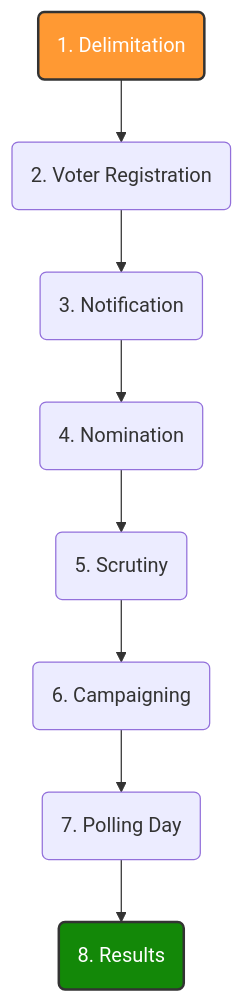
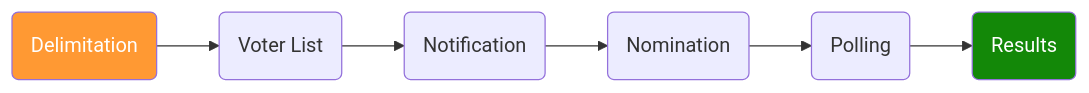
Before and after one commit to thenikhilbisht/DemocracyLens: the second of 2 diagrams in README.md, drawn with Mermaid. The commit also changed other lines of this file, not shown here.

Commit message:
Update README with premium description and architecture diagrams

````diff
--- a/README.md
+++ b/README.md
@@ -37,13 +49,11 @@
 ```mermaid
-graph TD
-    Step1(1. Delimitation) --> Step2(2. Voter Registration)
-    Step2 --> Step3(3. Notification)
-    Step3 --> Step4(4. Nomination)
-    Step4 --> Step5(5. Scrutiny)
-    Step5 --> Step6(6. Campaigning)
-    Step6 --> Step7(7. Polling Day)
-    Step7 --> Step8(8. Results)
+graph LR
+    A(Delimitation) --> B(Voter List)
+    B --> C(Notification)
+    C --> D(Nomination)
+    D --> E(Polling)
+    E --> F(Results)
     
-    style Step1 fill:#ff9933,stroke:#333,stroke-width:2px,color:#fff
-    style Step8 fill:#138808,stroke:#333,stroke-width:2px,color:#fff
+    style A fill:#ff9933,color:#fff
+    style F fill:#138808,color:#fff
 ```
````
